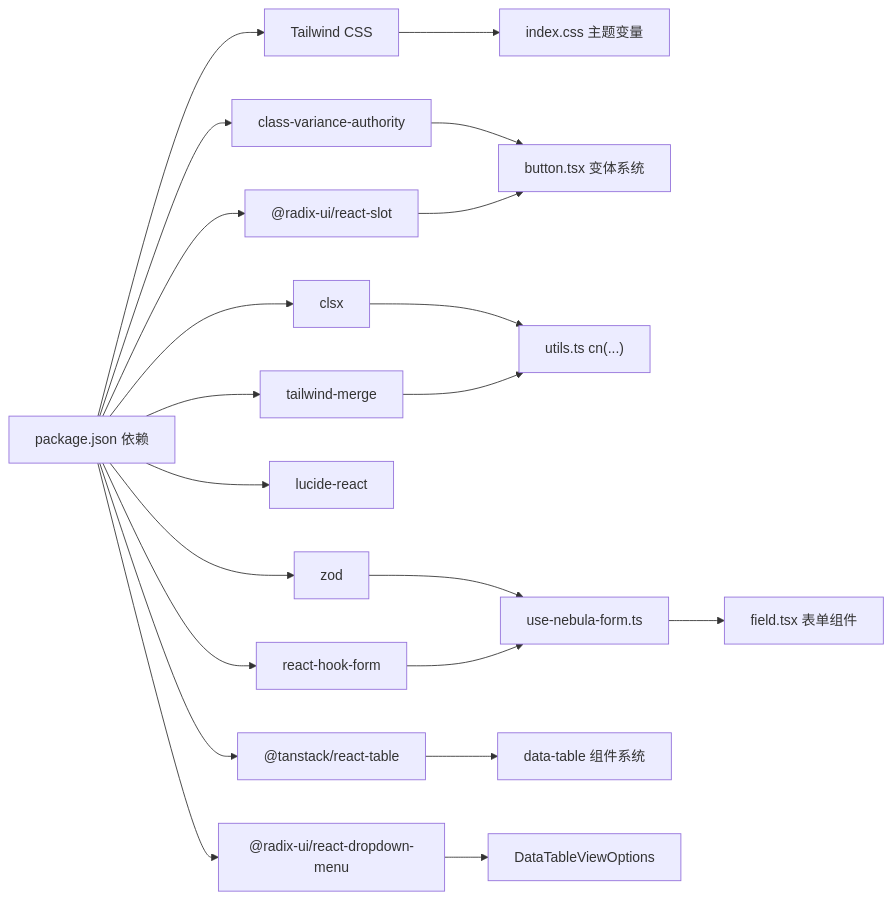
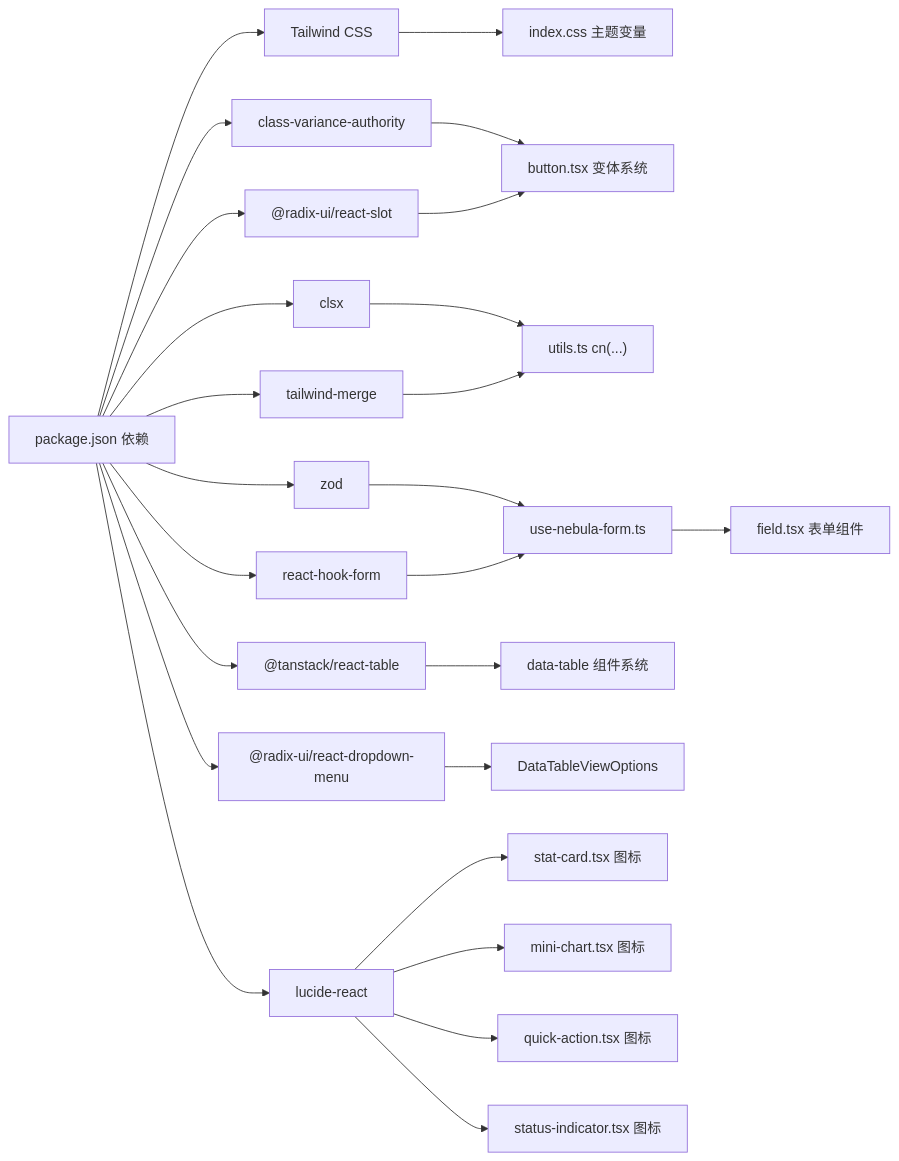
Before and after one commit to translateServers/nodes-stack: diagram 20 of 20 in .qoder/repowiki/zh/content/前端系统/UI 组件库/UI 组件库.md, drawn with Mermaid. The commit also changed other lines of this file and 5 other files, not shown here.

````diff
--- a/.qoder/repowiki/zh/content/前端系统/UI 组件库/UI 组件库.md
+++ b/.qoder/repowiki/zh/content/前端系统/UI 组件库/UI 组件库.md
@@ -963,23 +1206,27 @@
 ```mermaid
 graph LR
 PKG["package.json 依赖"] --> TWCSS["Tailwind CSS"]
 PKG --> CVA["class-variance-authority"]
 PKG --> CLSX["clsx"]
 PKG --> TM["tailwind-merge"]
 PKG --> RADIX["@radix-ui/react-slot"]
 PKG --> LUCIDE["lucide-react"]
 PKG --> ZOD["zod"]
 PKG --> RHF["react-hook-form"]
 PKG --> TSTABLE["@tanstack/react-table"]
 PKG --> TSDROPDOWN["@radix-ui/react-dropdown-menu"]
 TWCSS --> THEME["index.css 主题变量"]
 CVA --> BTN["button.tsx 变体系统"]
 RADIX --> BTN
 CLSX --> UTIL["utils.ts cn(...)"]
 TM --> UTIL
 ZOD --> USEFORM["use-nebula-form.ts"]
 RHF --> USEFORM
 USEFORM --> FIELD["field.tsx 表单组件"]
 TSTABLE --> DT["data-table 组件系统"]
 TSDROPDOWN --> DTVIEW["DataTableViewOptions"]
+LUCIDE --> STATCARD["stat-card.tsx 图标"]
+LUCIDE --> MINICHART["mini-chart.tsx 图标"]
+LUCIDE --> QUICKACTION["quick-action.tsx 图标"]
+LUCIDE --> STATUSINDICATOR["status-indicator.tsx 图标"]
 ```
````
